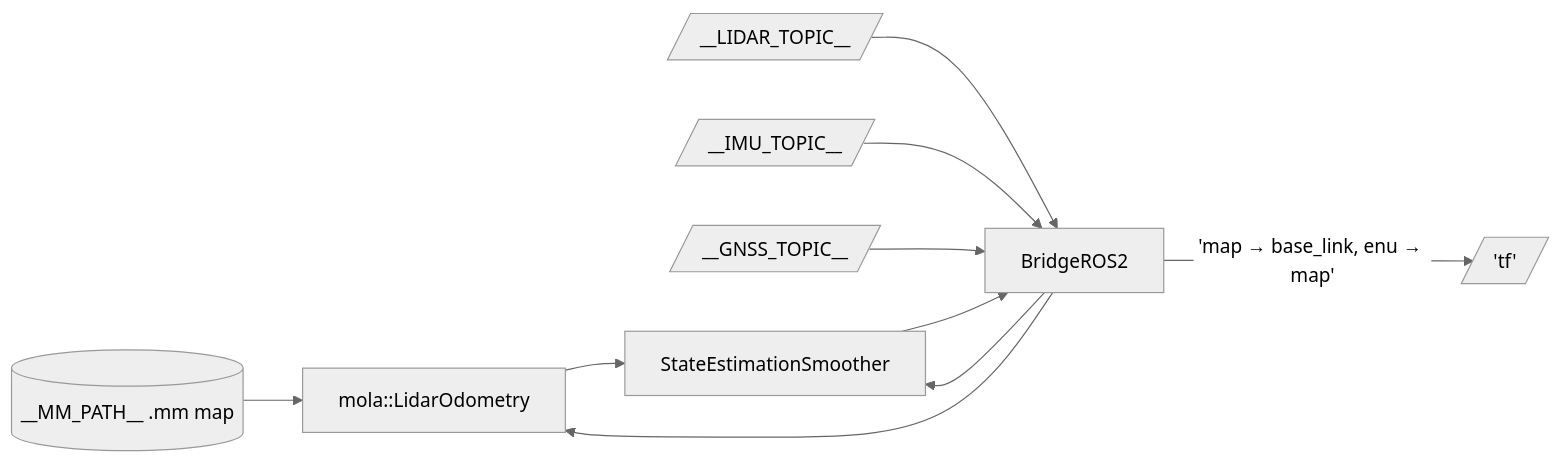
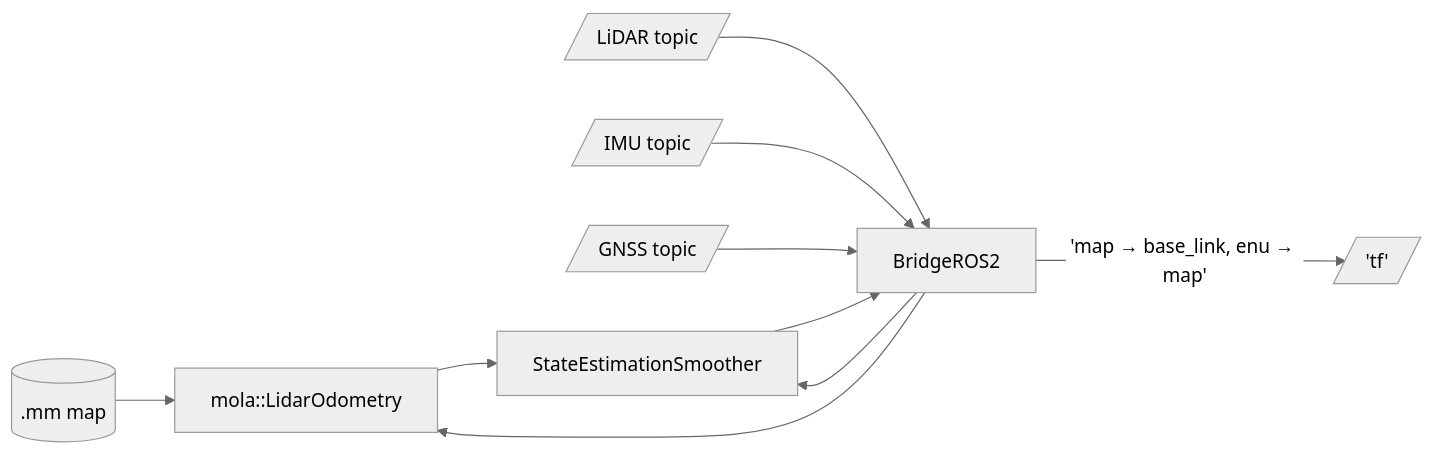
One commit to ros2-gbp/mola-release changed the ninth of 11 diagrams in docs/source/mola_ros2_configurations.rst. Above: the diagram before and after it, drawn with Mermaid (neutral theme). The commit also changed other lines of this file and 119 other files, not shown here.

```diff
--- a/docs/source/mola_ros2_configurations.rst
+++ b/docs/source/mola_ros2_configurations.rst
@@ -530,12 +541,12 @@
 .. mermaid::
 
    flowchart LR
-     mm[(__MM_PATH__ .mm map)] --> lo
-     lidar[/"__LIDAR_TOPIC__"/] --> bridge[BridgeROS2]
-     imu[/"__IMU_TOPIC__"/] --> bridge
-     gnss[/"__GNSS_TOPIC__"/] --> bridge
+     mm[(.mm map)] --> lo
+     lidar[/"LiDAR topic"/] --> bridge[BridgeROS2]
+     imu[/"IMU topic"/] --> bridge
+     gnss[/"GNSS topic"/] --> bridge
      bridge --> lo[mola::LidarOdometry]
      bridge --> smoother[StateEstimationSmoother]
      lo --> smoother
      smoother --> bridge
      bridge -->|'map → base_link, enu → map'| tfout[/'tf'/]
```
